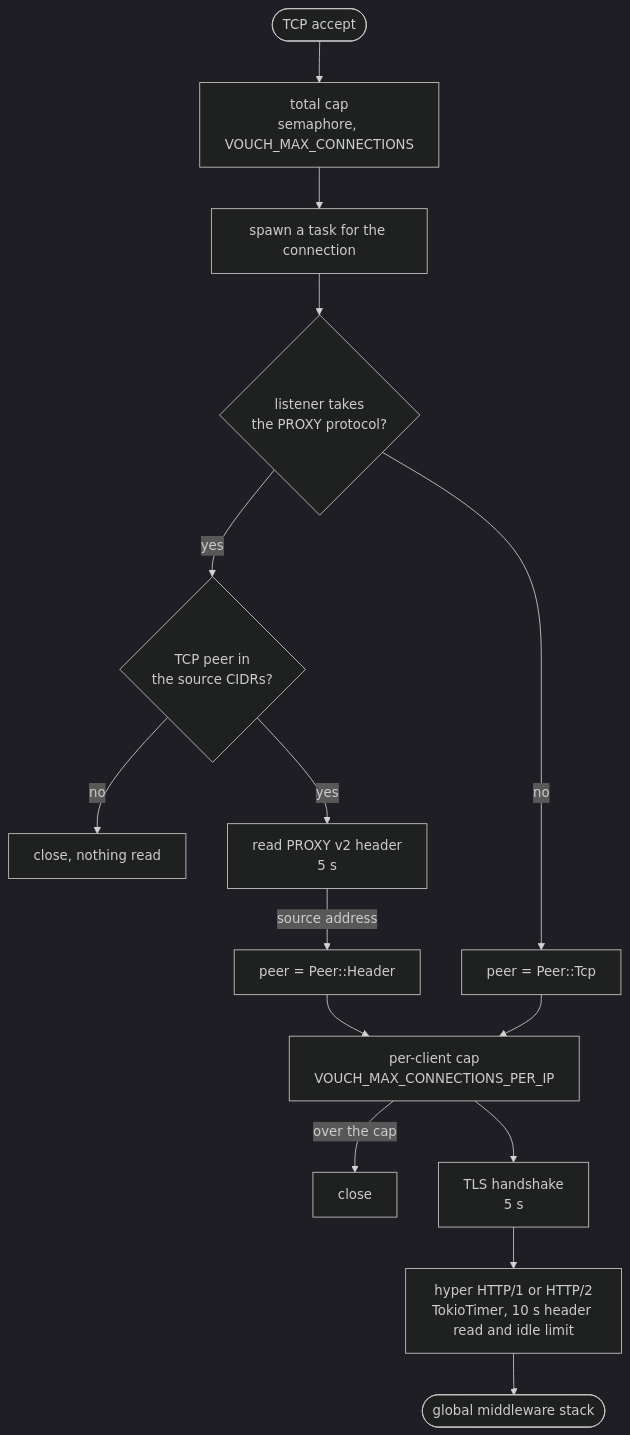
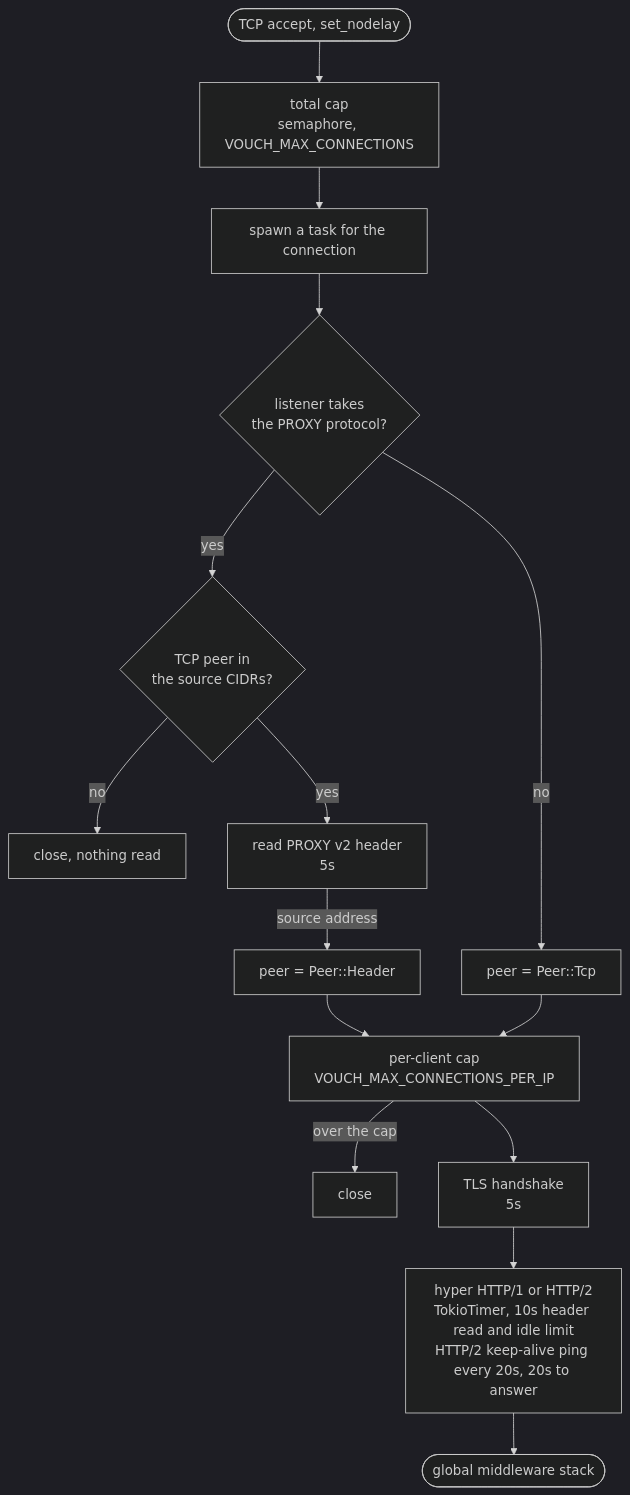
Before and after one commit to vouch-sh/vouch: the first of 8 diagrams in crates/vouch-server/ARCHITECTURE.md, drawn with Mermaid (dark theme). The commit also changed other lines of this file, not shown here.

````diff
--- a/crates/vouch-server/ARCHITECTURE.md
+++ b/crates/vouch-server/ARCHITECTURE.md
@@ -52,17 +56,17 @@
 ```mermaid
 flowchart TB
-  acc(["TCP accept"]) --> tot["total cap<br/>semaphore, VOUCH_MAX_CONNECTIONS"]
+  acc(["TCP accept, set_nodelay"]) --> tot["total cap<br/>semaphore, VOUCH_MAX_CONNECTIONS"]
   tot --> spawn["spawn a task for the connection"]
   spawn --> px{"listener takes<br/>the PROXY protocol?"}
   px -- "yes" --> src{"TCP peer in<br/>the source CIDRs?"}
   src -- "no" --> drop1["close, nothing read"]
-  src -- "yes" --> hdr["read PROXY v2 header<br/>5 s"]
+  src -- "yes" --> hdr["read PROXY v2 header<br/>5s"]
   hdr -- "source address" --> peer["peer = Peer::Header"]
   px -- "no" --> tcp["peer = Peer::Tcp"]
   peer --> per["per-client cap<br/>VOUCH_MAX_CONNECTIONS_PER_IP"]
   tcp --> per
   per -- "over the cap" --> drop2["close"]
-  per --> hs["TLS handshake<br/>5 s"]
-  hs --> hy["hyper HTTP/1 or HTTP/2<br/>TokioTimer, 10 s header read and idle limit"]
+  per --> hs["TLS handshake<br/>5s"]
+  hs --> hy["hyper HTTP/1 or HTTP/2<br/>TokioTimer, 10s header read and idle limit<br/>HTTP/2 keep-alive ping every 20s, 20s to answer"]
   hy --> stack(["global middleware stack"])
 ```
````
